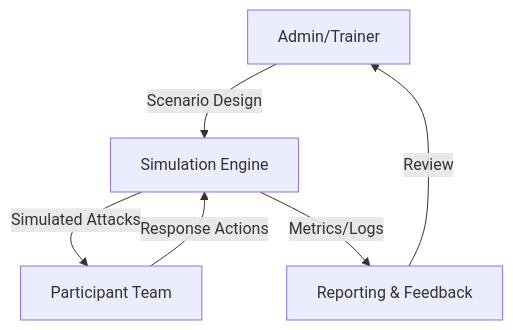
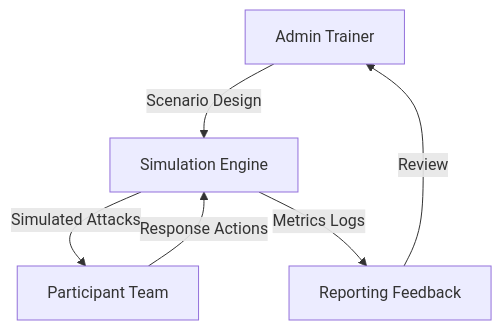
The second of 3 diagrams in docs/architecture/security_operations.md (TheHaywire/special-waffle), drawn with Mermaid before and after one commit. The commit also changed other lines of this file and 9 other files, not shown here.

Commit message:
fix(docs): systematically fix all Mermaid diagrams for compatibility and clarity across architecture and industry guides

````diff
--- a/docs/architecture/security_operations.md
+++ b/docs/architecture/security_operations.md
@@ -39,8 +39,8 @@
 ```mermaid
 flowchart TD
-    A[Admin/Trainer] -->|Scenario Design| B[Simulation Engine]
+    A[Admin Trainer] -->|Scenario Design| B[Simulation Engine]
     B -->|Simulated Attacks| C[Participant Team]
     C -->|Response Actions| B
-    B -->|Metrics/Logs| D[Reporting & Feedback]
+    B -->|Metrics Logs| D[Reporting Feedback]
     D -->|Review| A
 ```
````
